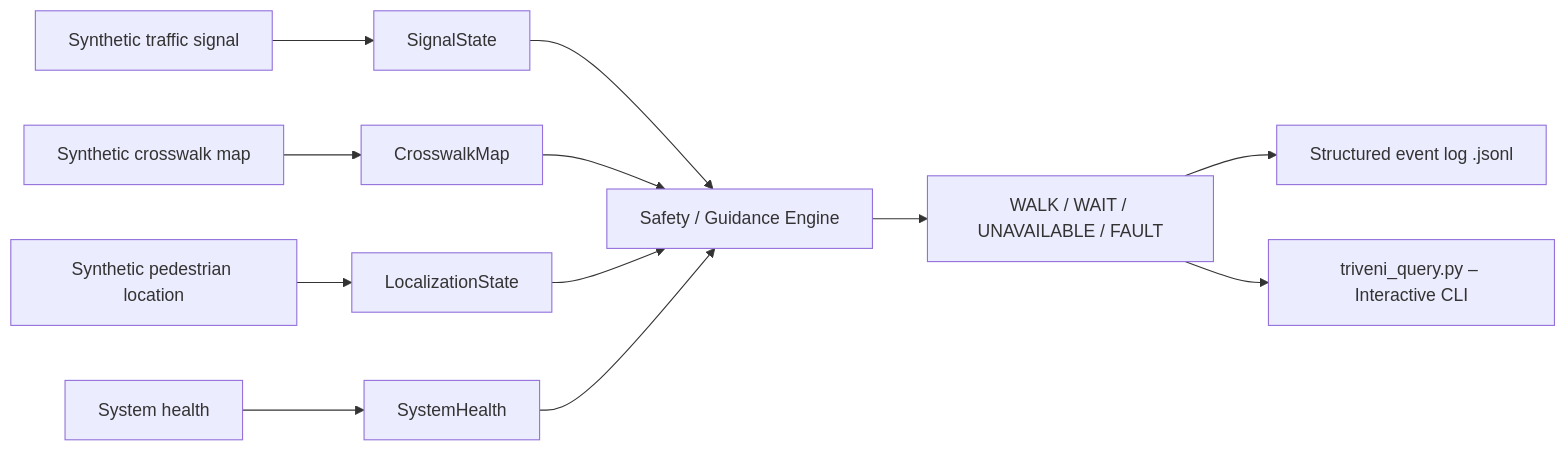
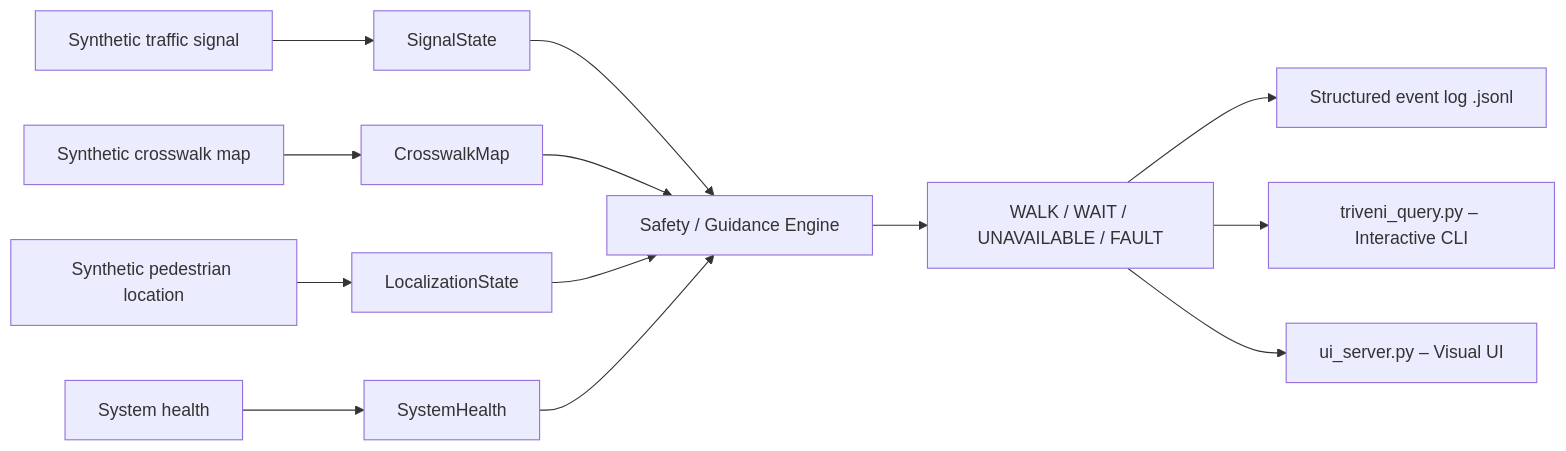
Before and after one commit to TriveniPlaksha/milestone-1: the diagram in README.md, drawn with Mermaid. The commit also changed other lines of this file, not shown here.

````diff
--- a/README.md
+++ b/README.md
@@ -84,14 +88,15 @@
 ```mermaid
 flowchart LR
     S[Synthetic traffic signal] --> SS[SignalState]
     M[Synthetic crosswalk map] --> CM[CrosswalkMap]
     L[Synthetic pedestrian location] --> LS[LocalizationState]
     H[System health] --> SH[SystemHealth]
     SS --> E[Safety / Guidance Engine]
     CM --> E
     LS --> E
     SH --> E
     E --> D["WALK / WAIT / UNAVAILABLE / FAULT"]
     D --> LOG[Structured event log .jsonl]
     D --> Q[triveni_query.py – Interactive CLI]
+    D --> UI[ui_server.py – Visual UI]
 ```
````
